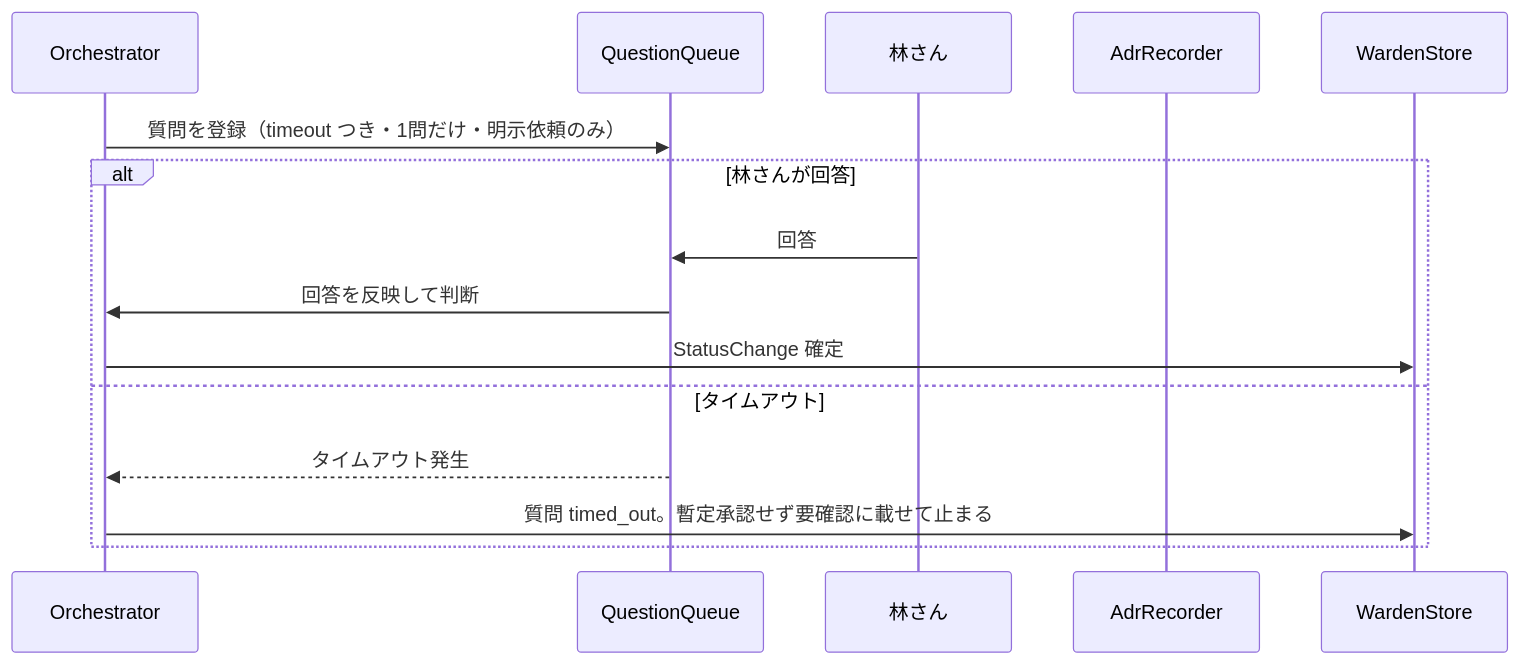
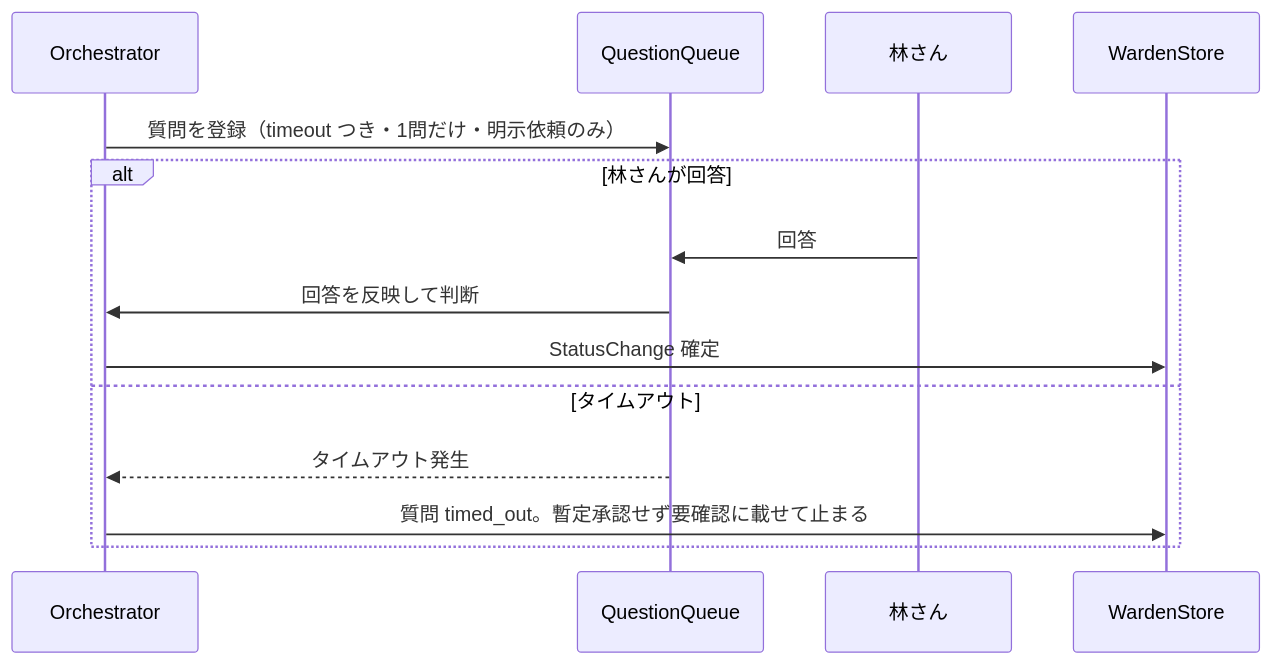
Before and after one commit to khayashi4337/rule-warden: the sixth of 6 diagrams in docs/adr/0002.5-domain-model.md, drawn with Mermaid. The commit also changed other lines of this file and 3 other files, not shown here.

First line of the commit message:
図・DDL 第3ラウンド整合レビュー: O1/O5/O8 の残存不整合を修正

````diff
--- a/docs/adr/0002.5-domain-model.md
+++ b/docs/adr/0002.5-domain-model.md
@@ -288,18 +293,17 @@
 ```mermaid
 sequenceDiagram
     participant O as Orchestrator
     participant Q as QuestionQueue
     participant H as 林さん
-    participant AR as AdrRecorder
     participant DB as WardenStore
 
     O->>Q: 質問を登録（timeout つき・1問だけ・明示依頼のみ）
     alt 林さんが回答
         H->>Q: 回答
         Q->>O: 回答を反映して判断
         O->>DB: StatusChange 確定
     else タイムアウト
         Q-->>O: タイムアウト発生
         O->>DB: 質問 timed_out。暫定承認せず要確認に載せて止まる
     end
 ```
````
